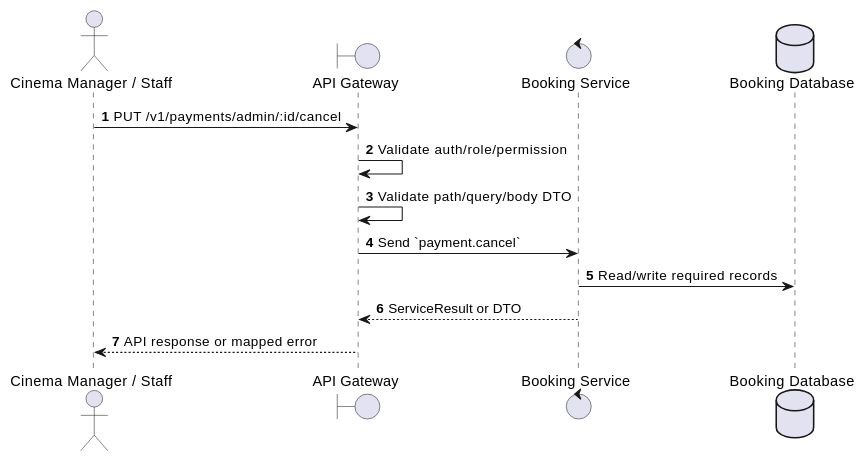
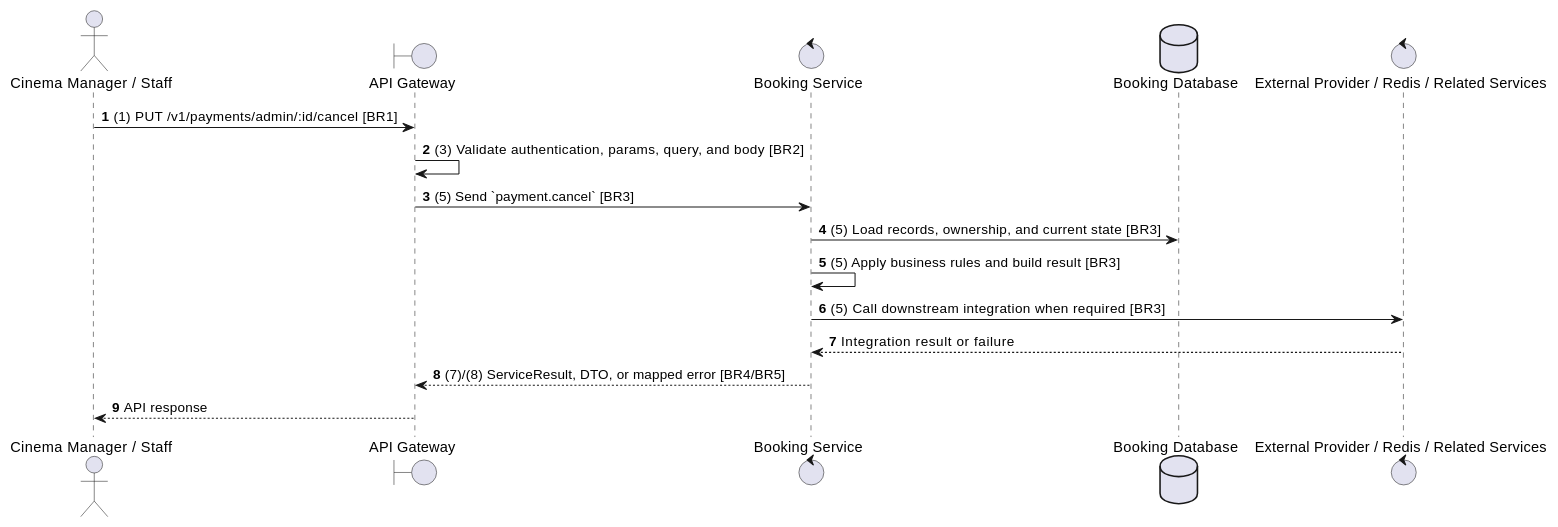
The second of 2 diagrams in docs/functional_specs/3.6_Payment_Transaction_Module/PY-A03_Cancel_Payment.md (Tanh1603/movie-hub-architecture), drawn with PlantUML before and after one commit. The commit also changed other lines of this file and 129 other files, not shown here.

````diff
--- a/docs/functional_specs/3.6_Payment_Transaction_Module/PY-A03_Cancel_Payment.md
+++ b/docs/functional_specs/3.6_Payment_Transaction_Module/PY-A03_Cancel_Payment.md
@@ -17,17 +64,20 @@
 ```plantuml
 @startuml
 autonumber
 actor "Cinema Manager / Staff" as Actor
 boundary "API Gateway" as GW
 control "Booking Service" as SVC
 database "Booking Database" as DB
+control "External Provider / Redis / Related Services" as EXT
 
-Actor -> GW: PUT /v1/payments/admin/:id/cancel
-GW -> GW: Validate auth/role/permission
-GW -> GW: Validate path/query/body DTO
-GW -> SVC: Send `payment.cancel`
-SVC -> DB: Read/write required records
-SVC --> GW: ServiceResult or DTO
-GW --> Actor: API response or mapped error
+Actor -> GW: (1) PUT /v1/payments/admin/:id/cancel [BR1]
+GW -> GW: (3) Validate authentication, params, query, and body [BR2]
+GW -> SVC: (5) Send `payment.cancel` [BR3]
+SVC -> DB: (5) Load records, ownership, and current state [BR3]
+SVC -> SVC: (5) Apply business rules and build result [BR3]
+SVC -> EXT: (5) Call downstream integration when required [BR3]
+EXT --> SVC: Integration result or failure
+SVC --> GW: (7)/(8) ServiceResult, DTO, or mapped error [BR4/BR5]
+GW --> Actor: API response
 @enduml
 ```
````
